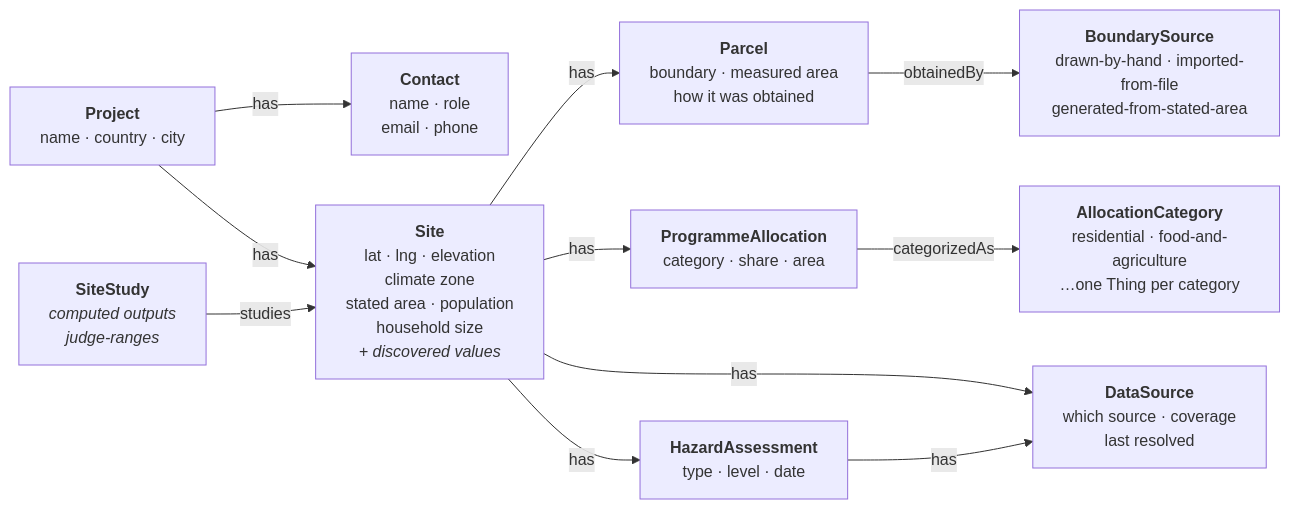
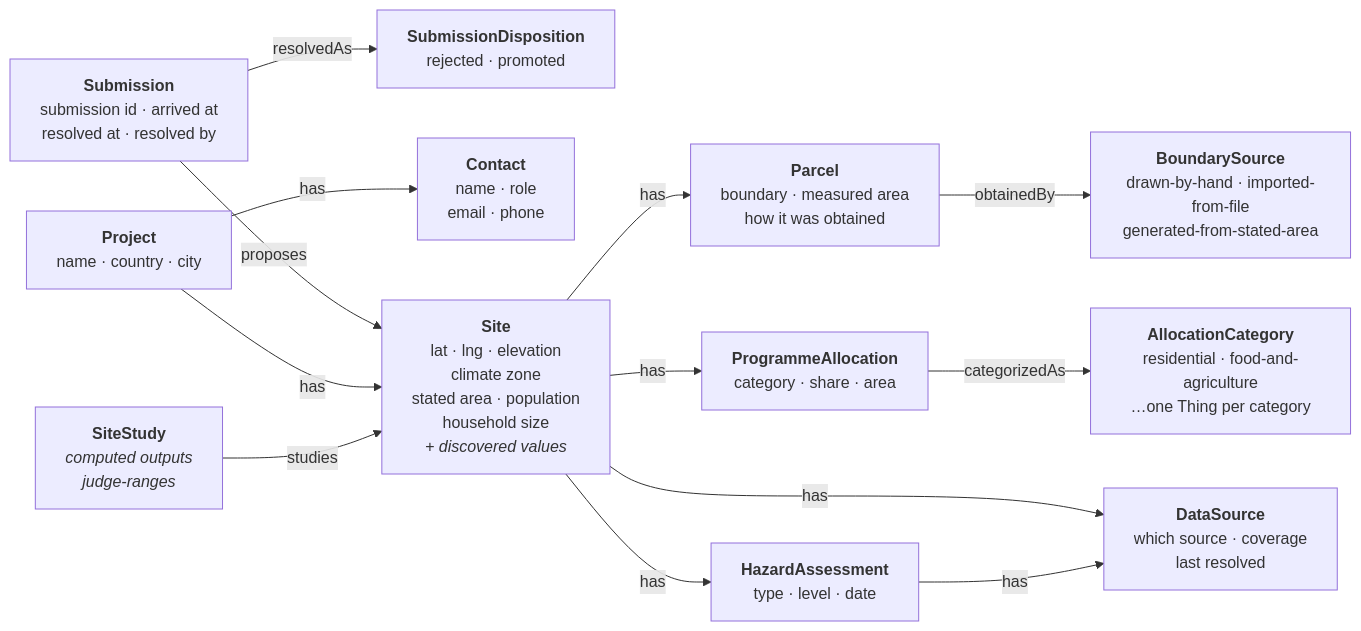
Before and after one commit to ReGen-Villages/VillageOS-API: the seventh of 10 diagrams in docs/LAND_INTAKE.md, drawn with Mermaid. The commit also changed other lines of this file and 1 other file, not shown here.

````diff
--- a/docs/LAND_INTAKE.md
+++ b/docs/LAND_INTAKE.md
@@ -527,25 +527,29 @@
 ```mermaid
 flowchart LR
+  SU["<b>Submission</b><br/>submission id · arrived at<br/>resolved at · resolved by"]
+  SD["<b>SubmissionDisposition</b><br/>rejected · promoted"]
   PR["<b>Project</b><br/>name · country · city"]
   CO["<b>Contact</b><br/>name · role<br/>email · phone"]
   SI["<b>Site</b><br/>lat · lng · elevation<br/>climate zone<br/>stated area · population<br/>household size<br/><i>+ discovered values</i>"]
   ST["<b>SiteStudy</b><br/><i>computed outputs</i><br/><i>judge-ranges</i>"]
   PA["<b>Parcel</b><br/>boundary · measured area<br/>how it was obtained"]
   AL["<b>ProgrammeAllocation</b><br/>category · share · area"]
   HA["<b>HazardAssessment</b><br/>type · level · date"]
   DS["<b>DataSource</b><br/>which source · coverage<br/>last resolved"]
 
   BS["<b>BoundarySource</b><br/>drawn-by-hand · imported-from-file<br/>generated-from-stated-area"]
   AC["<b>AllocationCategory</b><br/>residential · food-and-agriculture<br/>…one Thing per category"]
 
+  SU -->|proposes| SI
+  SU -->|resolvedAs| SD
   PR -->|has| CO
   PR -->|has| SI
   SI -->|has| PA
   SI -->|has| AL
   SI -->|has| HA
   SI -->|has| DS
   HA -->|has| DS
   ST -->|studies| SI
   PA -->|obtainedBy| BS
   AL -->|categorizedAs| AC
 ```
````
